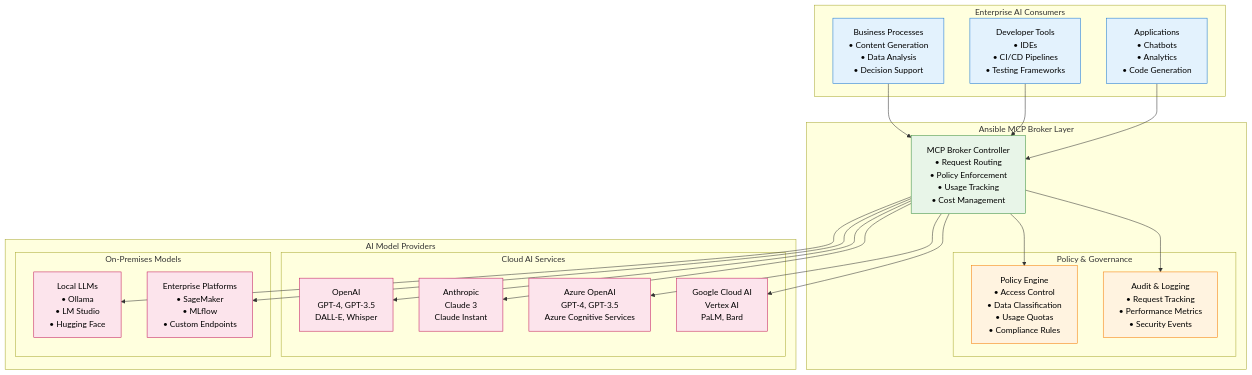
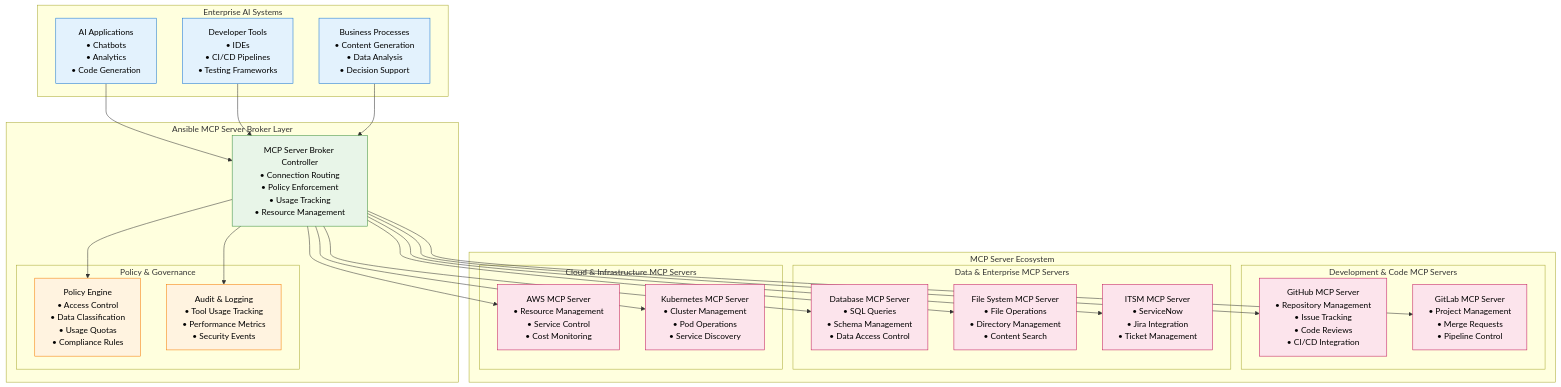
The seventh of 23 diagrams in readme.md (robbybrodie/AAPasAI), drawn with Mermaid before and after one commit. The commit also changed other lines of this file and 1 other file, not shown here.

Commit message:
Correct MCP broker concept: focus on MCP servers providing tools/resources, not AI model brokerage
- Fixed strategic positioning to emphasize tool and resource access management
- Updated architecture diagrams to show actual MCP servers (GitHub, Database, FileSystem, ITSM, AWS, K8s)
- Corrected request flow to show tool/resource requests to MCP servers instead of AI model requests
- Aligned implementation benefits with MCP server governance rather than model management
- Removed IDC-Strategy.md as it's no longer needed

````diff
--- a/readme.md
+++ b/readme.md
@@ -226,55 +226,60 @@
 ```mermaid
 graph TB
-    subgraph "Enterprise AI Consumers"
-        Apps[Applications<br/>• Chatbots<br/>• Analytics<br/>• Code Generation]
+    subgraph "Enterprise AI Systems"
+        Apps[AI Applications<br/>• Chatbots<br/>• Analytics<br/>• Code Generation]
         DevTools[Developer Tools<br/>• IDEs<br/>• CI/CD Pipelines<br/>• Testing Frameworks]
         BizProc[Business Processes<br/>• Content Generation<br/>• Data Analysis<br/>• Decision Support]
     end
 
-    subgraph "Ansible MCP Broker Layer"
-        MCPBroker[MCP Broker Controller<br/>• Request Routing<br/>• Policy Enforcement<br/>• Usage Tracking<br/>• Cost Management]
+    subgraph "Ansible MCP Server Broker Layer"
+        MCPBroker[MCP Server Broker Controller<br/>• Connection Routing<br/>• Policy Enforcement<br/>• Usage Tracking<br/>• Resource Management]
         
         subgraph "Policy & Governance"
             PolicyEngine[Policy Engine<br/>• Access Control<br/>• Data Classification<br/>• Usage Quotas<br/>• Compliance Rules]
-            AuditLog[Audit & Logging<br/>• Request Tracking<br/>• Performance Metrics<br/>• Security Events]
+            AuditLog[Audit & Logging<br/>• Tool Usage Tracking<br/>• Performance Metrics<br/>• Security Events]
         end
     end
 
-    subgraph "AI Model Providers"
-        subgraph "Cloud AI Services"
-            OpenAI[OpenAI<br/>GPT-4, GPT-3.5<br/>DALL-E, Whisper]
-            Anthropic[Anthropic<br/>Claude 3<br/>Claude Instant]
-            Azure[Azure OpenAI<br/>GPT-4, GPT-3.5<br/>Azure Cognitive Services]
-            GCP[Google Cloud AI<br/>Vertex AI<br/>PaLM, Bard]
+    subgraph "MCP Server Ecosystem"
+        subgraph "Development & Code MCP Servers"
+            GitHub[GitHub MCP Server<br/>• Repository Management<br/>• Issue Tracking<br/>• Code Reviews<br/>• CI/CD Integration]
+            GitLab[GitLab MCP Server<br/>• Project Management<br/>• Merge Requests<br/>• Pipeline Control]
         end
         
-        subgraph "On-Premises Models"
-            LocalLLM[Local LLMs<br/>• Ollama<br/>• LM Studio<br/>• Hugging Face]
-            Enterprise[Enterprise Platforms<br/>• SageMaker<br/>• MLflow<br/>• Custom Endpoints]
+        subgraph "Data & Enterprise MCP Servers"
+            Database[Database MCP Server<br/>• SQL Queries<br/>• Schema Management<br/>• Data Access Control]
+            FileSystem[File System MCP Server<br/>• File Operations<br/>• Directory Management<br/>• Content Search]
+            ITSM[ITSM MCP Server<br/>• ServiceNow<br/>• Jira Integration<br/>• Ticket Management]
+        end
+        
+        subgraph "Cloud & Infrastructure MCP Servers"
+            AWS[AWS MCP Server<br/>• Resource Management<br/>• Service Control<br/>• Cost Monitoring]
+            K8s[Kubernetes MCP Server<br/>• Cluster Management<br/>• Pod Operations<br/>• Service Discovery]
         end
     end
 
     Apps --> MCPBroker
     DevTools --> MCPBroker
     BizProc --> MCPBroker
     
     MCPBroker --> PolicyEngine
     MCPBroker --> AuditLog
     
-    MCPBroker --> OpenAI
-    MCPBroker --> Anthropic
-    MCPBroker --> Azure
-    MCPBroker --> GCP
-    MCPBroker --> LocalLLM
-    MCPBroker --> Enterprise
+    MCPBroker --> GitHub
+    MCPBroker --> GitLab
+    MCPBroker --> Database
+    MCPBroker --> FileSystem
+    MCPBroker --> ITSM
+    MCPBroker --> AWS
+    MCPBroker --> K8s
 
     classDef consumer fill:#e3f2fd,stroke:#1976d2,color:#000
     classDef broker fill:#e8f5e8,stroke:#388e3c,color:#000
     classDef policy fill:#fff3e0,stroke:#f57c00,color:#000
-    classDef provider fill:#fce4ec,stroke:#c2185b,color:#000
+    classDef server fill:#fce4ec,stroke:#c2185b,color:#000
     
     class Apps,DevTools,BizProc consumer
     class MCPBroker broker
     class PolicyEngine,AuditLog policy
-    class OpenAI,Anthropic,Azure,GCP,LocalLLM,Enterprise provider
+    class GitHub,GitLab,Database,FileSystem,ITSM,AWS,K8s server
 ```
````
